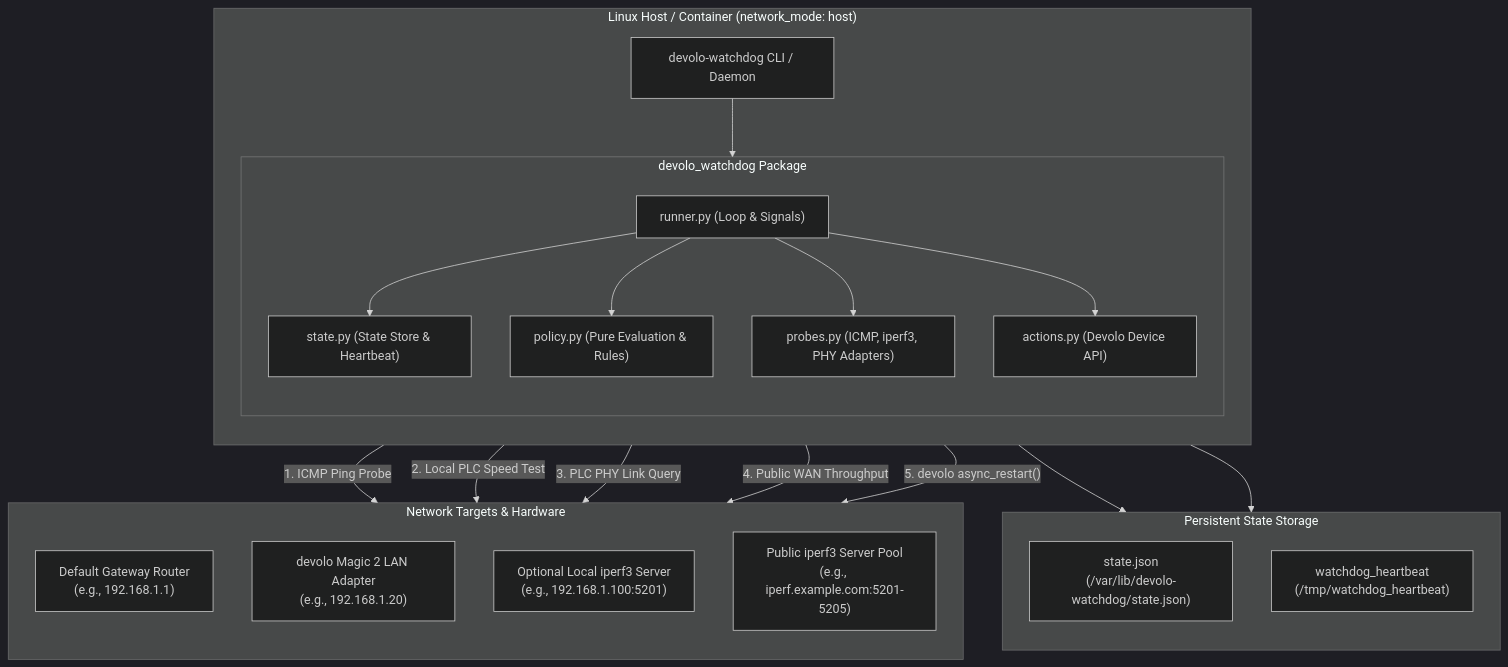
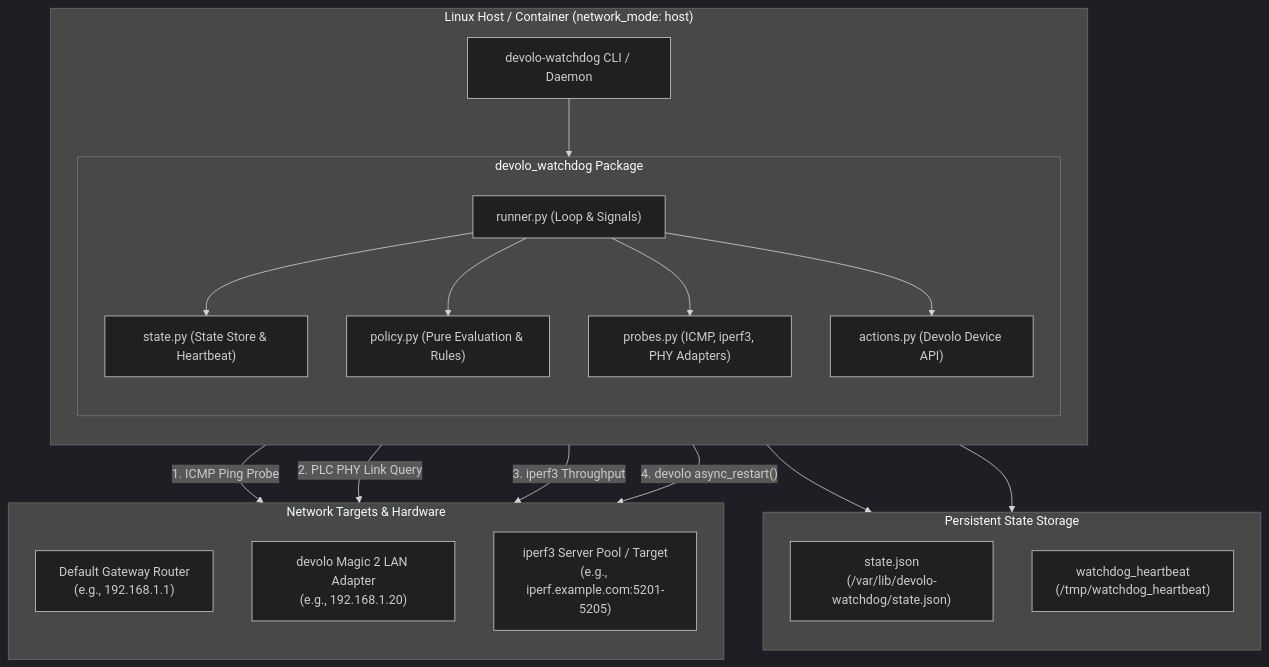
Before and after one commit to valentinsviridov/devolo-throughput-watchdog: the first of 3 diagrams in README.md, drawn with Mermaid (dark theme). The commit also changed other lines of this file and 13 other files, not shown here.

````diff
--- a/README.md
+++ b/README.md
@@ -11,45 +11,43 @@
 ```mermaid
 graph TD
     subgraph Host ["Linux Host / Container (network_mode: host)"]
         direction TD
         CLI["devolo-watchdog CLI / Daemon"]
 
         subgraph Engine ["devolo_watchdog Package"]
             direction TD
             Runner["runner.py (Loop & Signals)"]
             State["state.py (State Store & Heartbeat)"]
             Policy["policy.py (Pure Evaluation & Rules)"]
             Probes["probes.py (ICMP, iperf3, PHY Adapters)"]
             Actions["actions.py (Devolo Device API)"]
         end
     end
 
     subgraph Storage ["Persistent State Storage"]
         direction TD
         StateFile["state.json<br/>(/var/lib/devolo-watchdog/state.json)"]
         HeartbeatFile["watchdog_heartbeat<br/>(/tmp/watchdog_heartbeat)"]
     end
 
     subgraph TargetNetwork ["Network Targets & Hardware"]
         direction TD
         Gateway["Default Gateway Router<br/>(e.g., 192.168.1.1)"]
         Devolo["devolo Magic 2 LAN Adapter<br/>(e.g., 192.168.1.20)"]
-        LocalIperf["Optional Local iperf3 Server<br/>(e.g., 192.168.1.100:5201)"]
-        PublicIperf["Public iperf3 Server Pool<br/>(e.g., iperf.example.com:5201-5205)"]
+        PublicIperf["iperf3 Server Pool / Target<br/>(e.g., iperf.example.com:5201-5205)"]
     end
 
     CLI --> Runner
     Runner --> State
     Runner --> Policy
     Runner --> Probes
     Runner --> Actions
 
     State --> StateFile
     State --> HeartbeatFile
 
     Probes -- "1. ICMP Ping Probe" --> Gateway
-    Probes -- "2. Local PLC Speed Test" --> LocalIperf
-    Probes -- "3. PLC PHY Link Query" --> Devolo
-    Probes -- "4. Public WAN Throughput" --> PublicIperf
-    Actions -- "5. devolo async_restart()" --> Devolo
+    Probes -- "2. PLC PHY Link Query" --> Devolo
+    Probes -- "3. iperf3 Throughput" --> PublicIperf
+    Actions -- "4. devolo async_restart()" --> Devolo
 ```
````
